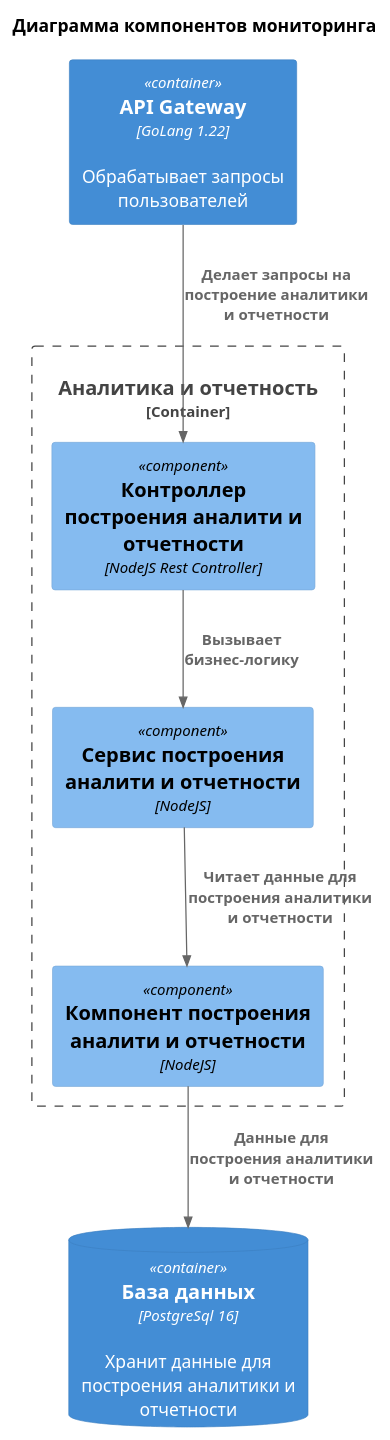
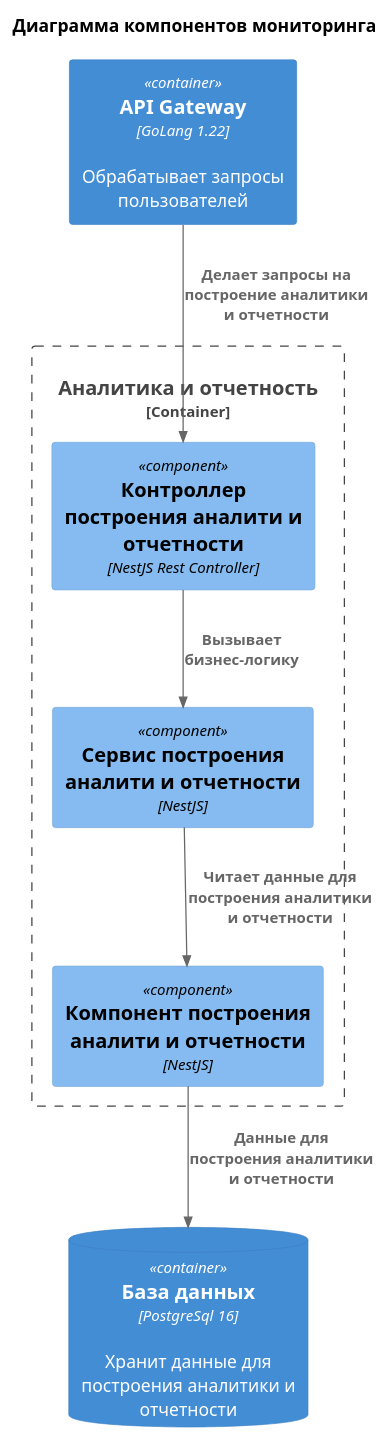
Before and after one commit to xSparKIx/architecture-pro-warmhouse: the diagram in diagrams/components/Monitoring.puml, drawn with PlantUML. The commit also changed 31 other files, not shown here.

```diff
--- a/diagrams/components/Monitoring.puml
+++ b/diagrams/components/Monitoring.puml
@@ -1,23 +1,23 @@
 @startuml Monitoring component diagram
 title Диаграмма компонентов мониторинга
 
 !include ../templates/C4_Component.puml
 
 ' Внешние сущности
 Container(APIGateway, "API Gateway", "GoLang 1.22", "Обрабатывает запросы пользователей")
 ContainerDb(db, "База данных", "PostgreSql 16", "Хранит данные для построения аналитики и отчетности")
 
 ' Контейнер аналитики и отчетности
 Container_Boundary(UsersContainer, "Аналитика и отчетность") {
-    Component(MonitoringController, "Контроллер построения аналити и отчетности", "NodeJS Rest Controller")
-    Component(MonitoringService, "Сервис построения аналити и отчетности", "NodeJS")
-    Component(MonitoringComponent, "Компонент построения аналити и отчетности", "NodeJS")
+    Component(MonitoringController, "Контроллер построения аналити и отчетности", "NestJS Rest Controller")
+    Component(MonitoringService, "Сервис построения аналити и отчетности", "NestJS")
+    Component(MonitoringComponent, "Компонент построения аналити и отчетности", "NestJS")
 }
 
 ' Связи
 Rel(APIGateway, MonitoringController, "Делает запросы на построение аналитики и отчетности")
 Rel(MonitoringController, MonitoringService, "Вызывает бизнес-логику")
 Rel(MonitoringService, MonitoringComponent, "Читает данные для построения аналитики и отчетности")
 Rel(MonitoringComponent, db, "Данные для построения аналитики и отчетности")
 
 @endmul
```
